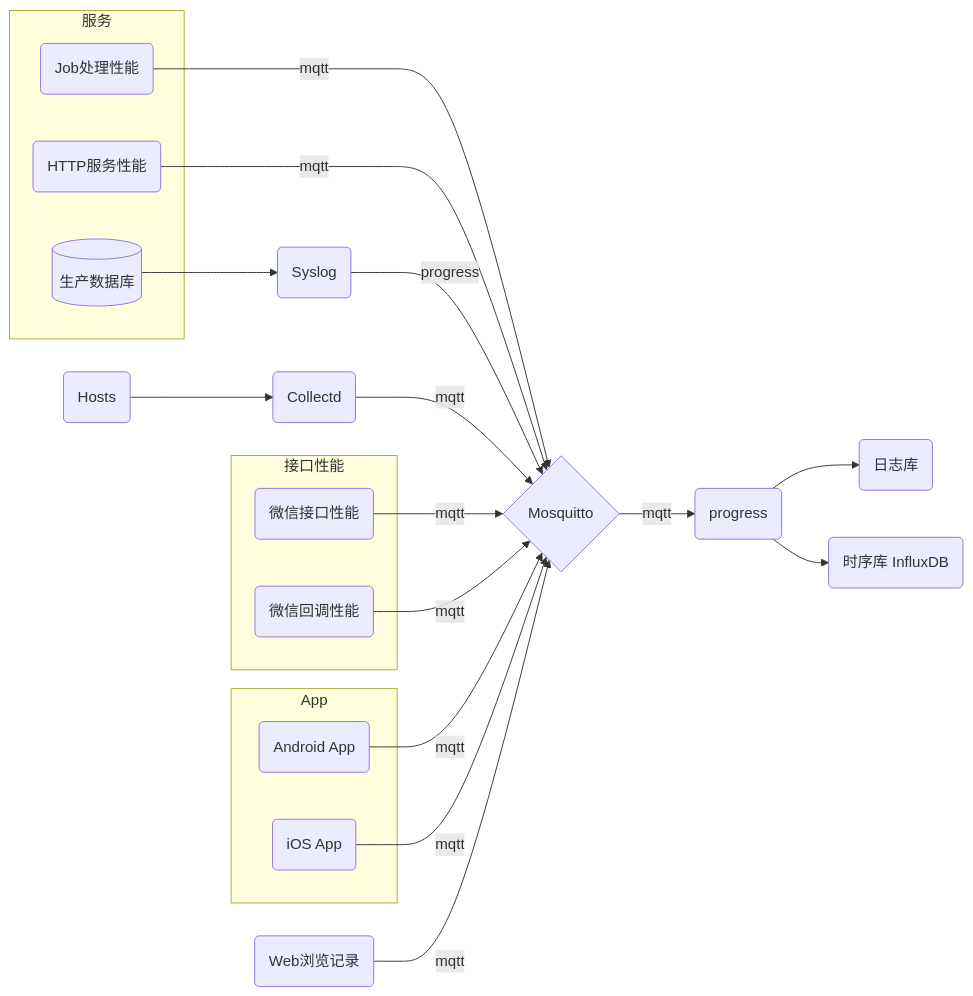
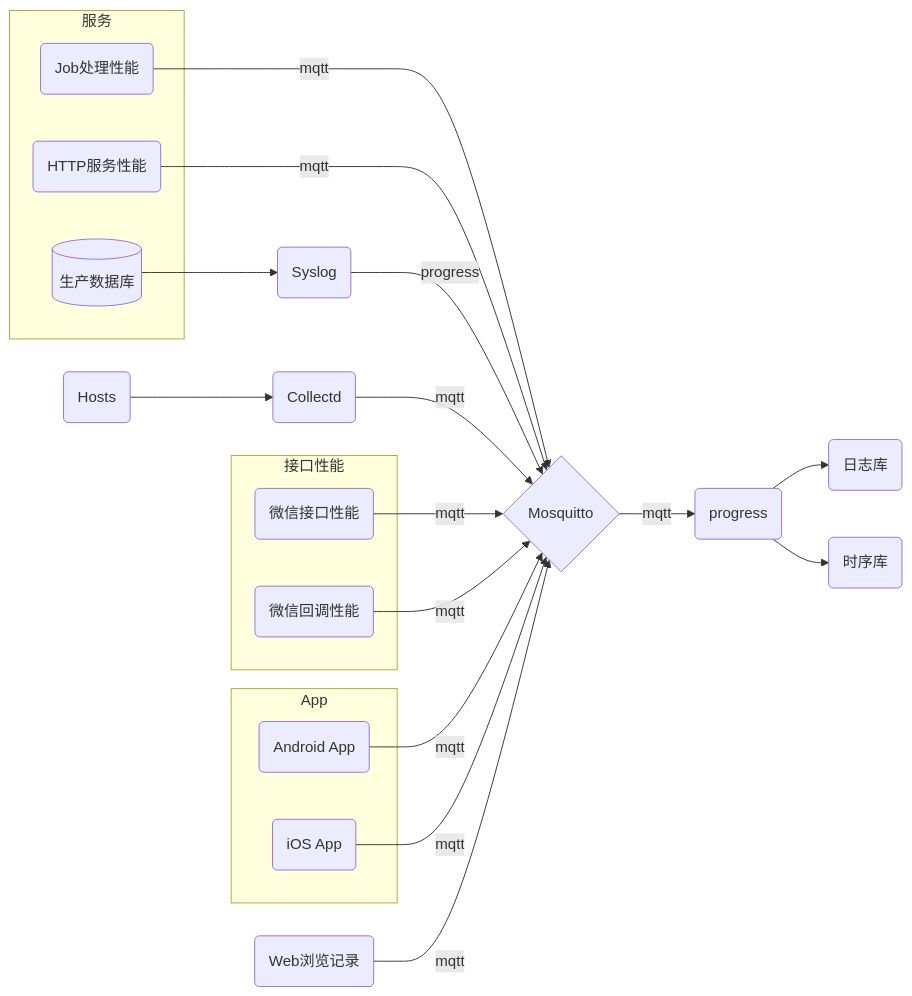
Before and after one commit to blusewang/blog: the diagram in source/_posts/inflexdb-vs-timescaledb.md, drawn with Mermaid. The commit also changed 3 other files, not shown here.

````diff
--- a/source/_posts/inflexdb-vs-timescaledb.md
+++ b/source/_posts/inflexdb-vs-timescaledb.md
@@ -19,44 +19,44 @@
 ```mermaid
 flowchart LR
 
 %% 定义
 subgraph 服务
 db[(生产数据库)]
 http(HTTP服务性能)
 worker(Job处理性能)
 end
 
 subgraph App
 android(Android App)
 ios(iOS App)
 end
 
 mos{Mosquitto}
 h5(Web浏览记录)
 
 subgraph 接口性能
 wx.api(微信接口性能)
 wx.event(微信回调性能)
 end
 
-influx(时序库 InfluxDB)
+influx(时序库)
 pdb(日志库)
 
 syslog(Syslog)
 
 %% 连接
 worker-->|mqtt|mos
 http-->|mqtt|mos
 db-->syslog
 syslog-->|progress|mos
 host(Hosts)-->collectd
 collectd(Collectd)-->|mqtt|mos
 wx.api-->|mqtt|mos
 wx.event-->|mqtt|mos
 android-->|mqtt|mos
 ios-->|mqtt|mos
 h5-->|mqtt|mos
 mos-->|mqtt|pro
 pro(progress)-->pdb
 pro(progress)-->influx
 ```
````
